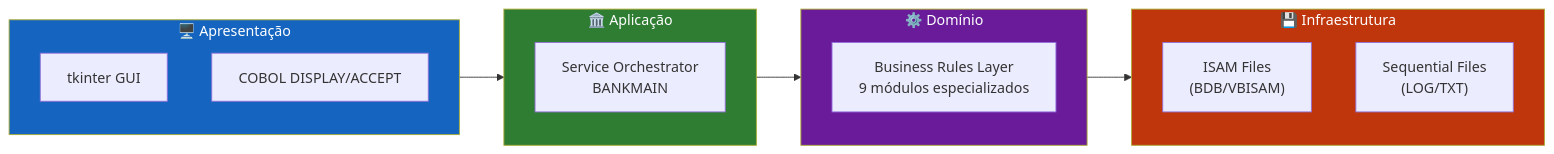
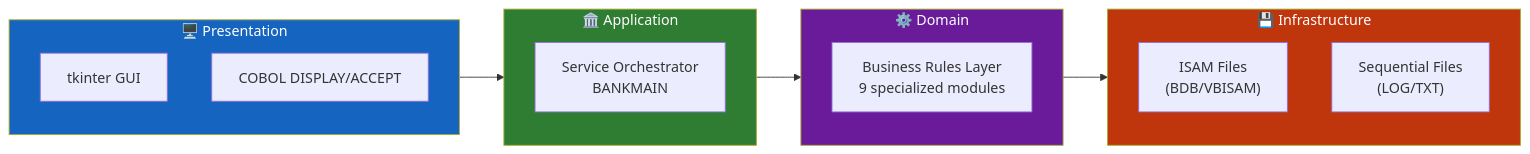
Before and after one commit to VictorHJesusSantiago/bank_system: the second of 11 diagrams in README.md, drawn with Mermaid. The commit also changed other lines of this file and 2 other files, not shown here.

````diff
--- a/README.md
+++ b/README.md
@@ -185,24 +191,24 @@
 ```mermaid
 flowchart LR
-    subgraph L1["🖥️ Apresentação"]
+    subgraph L1["🖥️ Presentation"]
         A1["tkinter GUI"]
         A2["COBOL DISPLAY/ACCEPT"]
     end
-    subgraph L2["🏛️ Aplicação"]
+    subgraph L2["🏛️ Application"]
         B1["Service Orchestrator\nBANKMAIN"]
     end
-    subgraph L3["⚙️ Domínio"]
-        C1["Business Rules Layer\n9 módulos especializados"]
+    subgraph L3["⚙️ Domain"]
+        C1["Business Rules Layer\n9 specialized modules"]
     end
-    subgraph L4["💾 Infraestrutura"]
+    subgraph L4["💾 Infrastructure"]
         D1["ISAM Files\n(BDB/VBISAM)"]
         D2["Sequential Files\n(LOG/TXT)"]
     end
 
     L1 --> L2 --> L3 --> L4
 
     style L1 fill:#1565C0,color:#fff
     style L2 fill:#2E7D32,color:#fff
     style L3 fill:#6A1B9A,color:#fff
     style L4 fill:#BF360C,color:#fff
 ```
````
